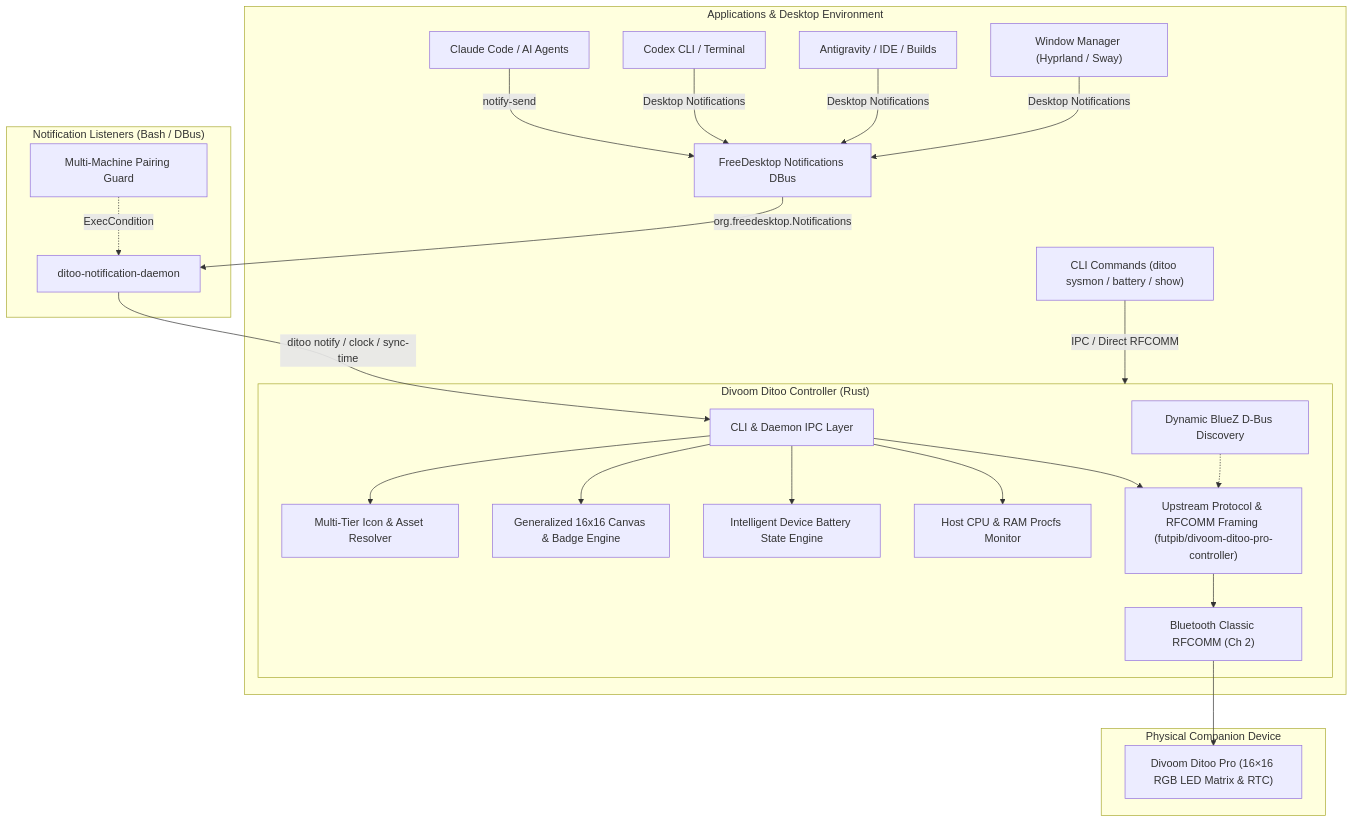
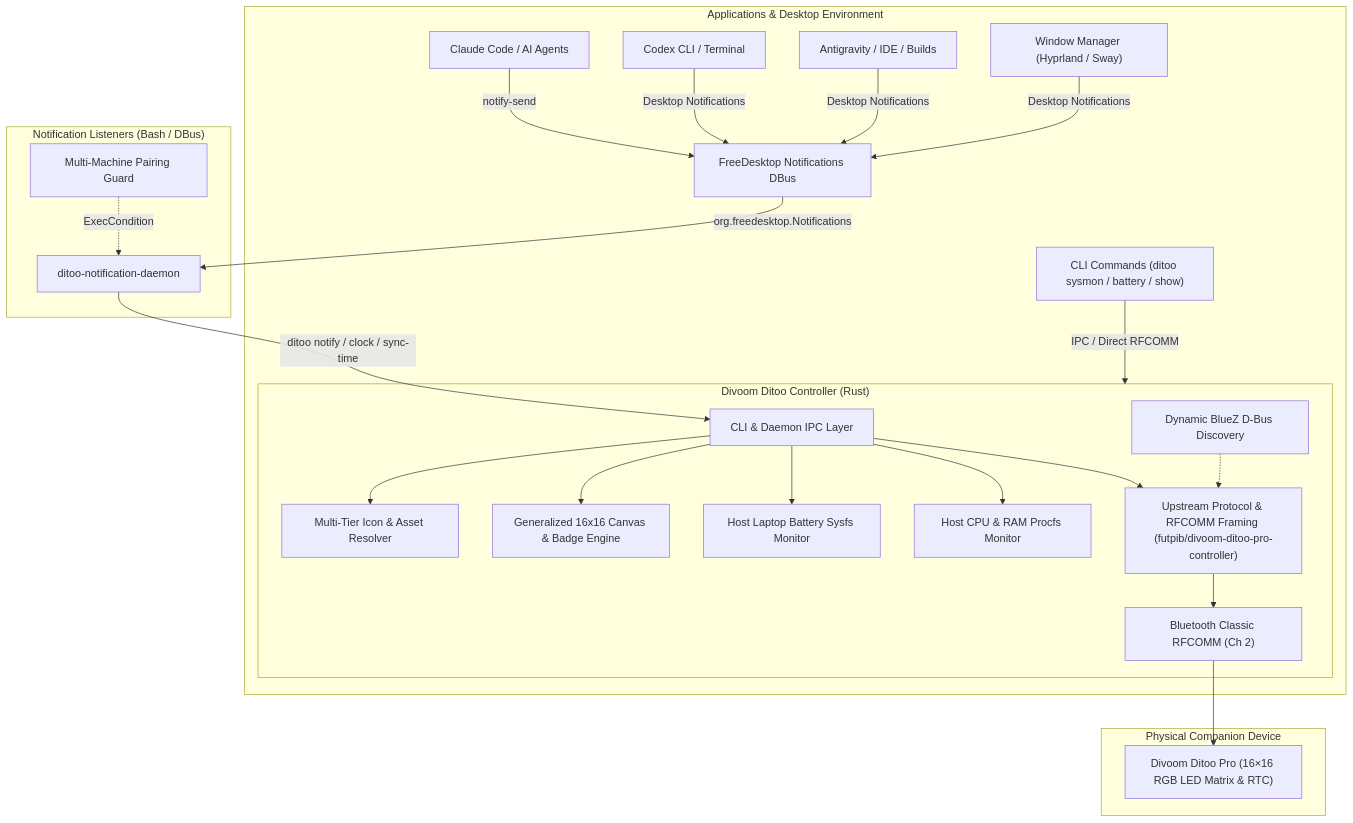
The diagram in docs/architecture.md (ih8d8/divoom-ditoo-controller), drawn with Mermaid before and after one commit. The commit also changed other lines of this file and 22 other files, not shown here.

First line of the commit message:
feat: replace simulated device battery with host laptop monitor and release v0.2.0

````diff
--- a/docs/architecture.md
+++ b/docs/architecture.md
@@ -5,30 +5,30 @@
 ```mermaid
 flowchart TD
     subgraph Apps["Applications & Desktop Environment"]
         CC["Claude Code / AI Agents"] -->|notify-send| FreeDesktop["FreeDesktop Notifications DBus"]
         CX["Codex CLI / Terminal"] -->|Desktop Notifications| FreeDesktop
         AG["Antigravity / IDE / Builds"] -->|Desktop Notifications| FreeDesktop
         WM["Window Manager (Hyprland / Sway)"] -->|Desktop Notifications| FreeDesktop
         CLI["CLI Commands (ditoo sysmon / battery / show)"] -->|IPC / Direct RFCOMM| Controller
     end
 
     subgraph Daemons["Notification Listeners (Bash / DBus)"]
         FreeDesktop -->|org.freedesktop.Notifications| Mon["ditoo-notification-daemon"]
         PairingCheck["Multi-Machine Pairing Guard"] -.->|ExecCondition| Mon
     end
 
     subgraph Controller["Divoom Ditoo Controller (Rust)"]
         Mon -->|ditoo notify / clock / sync-time| CLI_Handler["CLI & Daemon IPC Layer"]
         CLI_Handler --> IconEngine["Multi-Tier Icon & Asset Resolver"]
         CLI_Handler --> CanvasEngine["Generalized 16x16 Canvas & Badge Engine"]
-        CLI_Handler --> BatMon["Intelligent Device Battery State Engine"]
+        CLI_Handler --> BatMon["Host Laptop Battery Sysfs Monitor"]
         CLI_Handler --> SysMon["Host CPU & RAM Procfs Monitor"]
         CLI_Handler --> UpstreamProto["Upstream Protocol & RFCOMM Framing (futpib/divoom-ditoo-pro-controller)"]
         AutoDiscovery["Dynamic BlueZ D-Bus Discovery"] -.-> UpstreamProto
         UpstreamProto --> BluetoothComm["Bluetooth Classic RFCOMM (Ch 2)"]
     end
 
     subgraph Hardware["Physical Companion Device"]
         BluetoothComm --> Ditoo["Divoom Ditoo Pro (16×16 RGB LED Matrix & RTC)"]
     end
 ```
````
